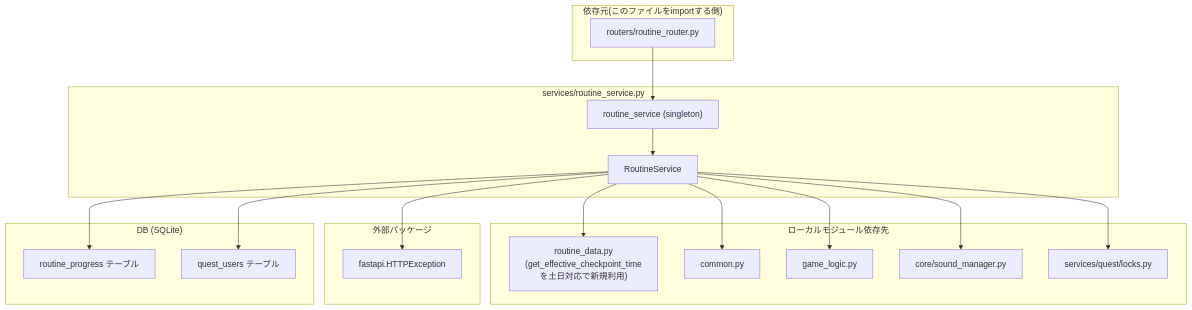
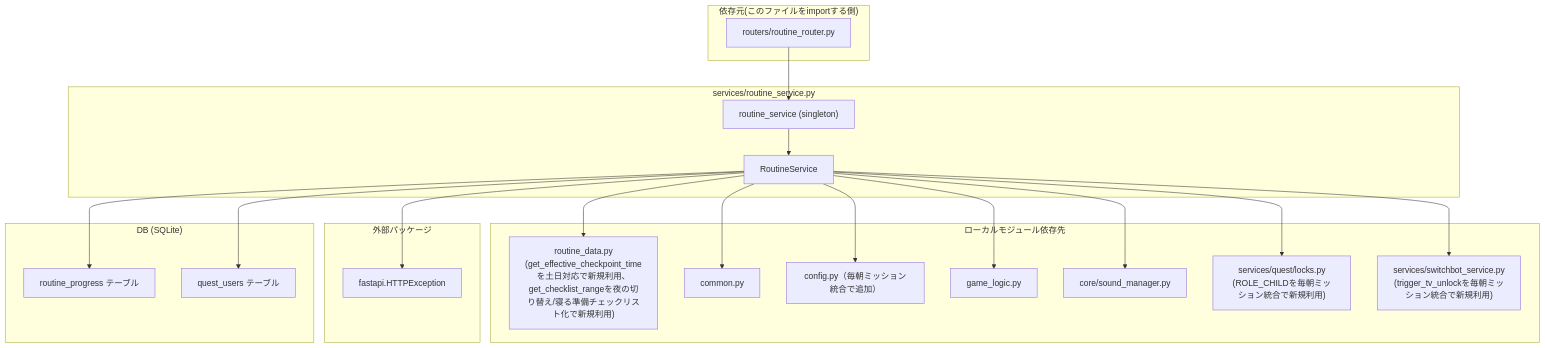
One commit to mmtigers/my_python_project changed the third of 3 diagrams in docs/specifications/MY_HOME_SYSTEM/routine_service.md. Above: the diagram before and after it, drawn with Mermaid. The commit also changed other lines of this file and 16 other files, not shown here.

````diff
--- a/docs/specifications/MY_HOME_SYSTEM/routine_service.md
+++ b/docs/specifications/MY_HOME_SYSTEM/routine_service.md
@@ -571,41 +600,48 @@
 ```mermaid
 graph TD
     subgraph "services/routine_service.py"
         RoutineService
         routine_service_singleton["routine_service (singleton)"]
     end
 
     subgraph "ローカルモジュール依存先"
         routine_data["routine_data.py
-(get_effective_checkpoint_timeを土日対応で新規利用)"]
+(get_effective_checkpoint_timeを土日対応で新規利用、
+get_checklist_rangeを夜の切り替え/寝る準備チェックリスト化で新規利用)"]
         common_mod["common.py"]
+        config_mod["config.py（毎朝ミッション統合で追加）"]
         game_logic_mod["game_logic.py"]
         sound_manager_mod["core/sound_manager.py"]
-        quest_locks["services/quest/locks.py"]
+        quest_locks["services/quest/locks.py
+(ROLE_CHILDを毎朝ミッション統合で新規利用)"]
+        switchbot_mod["services/switchbot_service.py
+(trigger_tv_unlockを毎朝ミッション統合で新規利用)"]
     end
 
     subgraph "外部パッケージ"
         fastapi_exc["fastapi.HTTPException"]
     end
 
     subgraph "DB (SQLite)"
         routine_progress_table["routine_progress テーブル"]
         quest_users_table["quest_users テーブル"]
     end
 
     subgraph "依存元(このファイルをimportする側)"
         routine_router["routers/routine_router.py"]
     end
 
     RoutineService --> routine_data
     RoutineService --> common_mod
+    RoutineService --> config_mod
     RoutineService --> game_logic_mod
     RoutineService --> sound_manager_mod
     RoutineService --> quest_locks
+    RoutineService --> switchbot_mod
     RoutineService --> fastapi_exc
     RoutineService --> routine_progress_table
     RoutineService --> quest_users_table
     routine_service_singleton --> RoutineService
 
     routine_router --> routine_service_singleton
 ```
````
